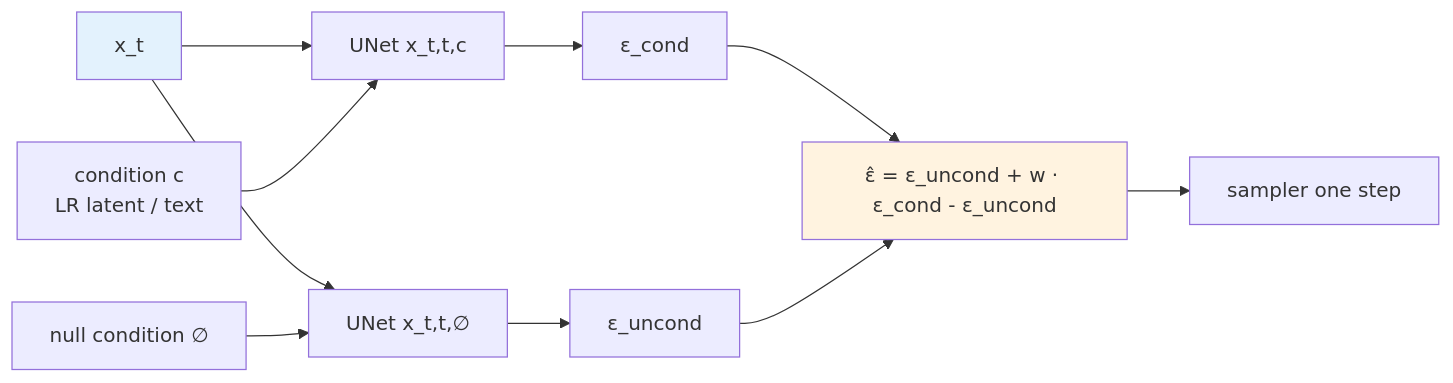
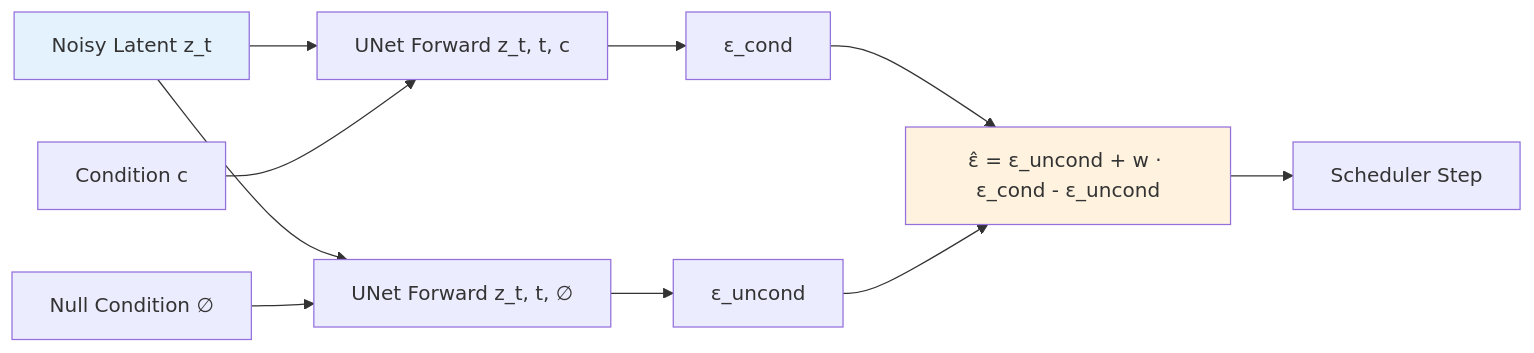
The fifth of 5 diagrams in en/chapters/08-diffusion.md (yingwang/image-enhancement-guide), drawn with Mermaid before and after one commit. The commit also changed other lines of this file and 18 other files, not shown here.

````diff
--- a/en/chapters/08-diffusion.md
+++ b/en/chapters/08-diffusion.md
@@ -670,15 +245,15 @@
 ```mermaid
 graph LR
-    XT[x_t] --> CondPath[UNet x_t,t,c]
-    XT --> UncondPath[UNet x_t,t,∅]
-    Cond[condition c<br/>LR latent / text] --> CondPath
-    Null[null condition ∅] --> UncondPath
+    XT[Noisy Latent z_t] --> CondPath[UNet Forward z_t, t, c]
+    XT --> UncondPath[UNet Forward z_t, t, ∅]
+    Cond[Condition c] --> CondPath
+    Null[Null Condition ∅] --> UncondPath
     CondPath --> EC[ε_cond]
     UncondPath --> EU[ε_uncond]
     EC --> Mix[ε̂ = ε_uncond + w · ε_cond - ε_uncond]
     EU --> Mix
-    Mix --> Next[sampler one step]
+    Mix --> Next[Scheduler Step]
 
     style XT fill:#e3f2fd
     style Mix fill:#fff3e0
 ```
````
